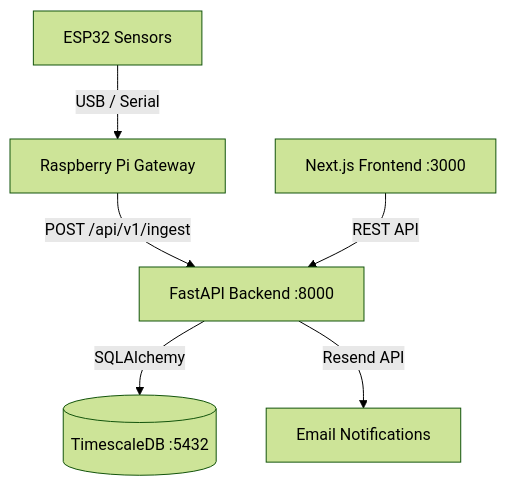
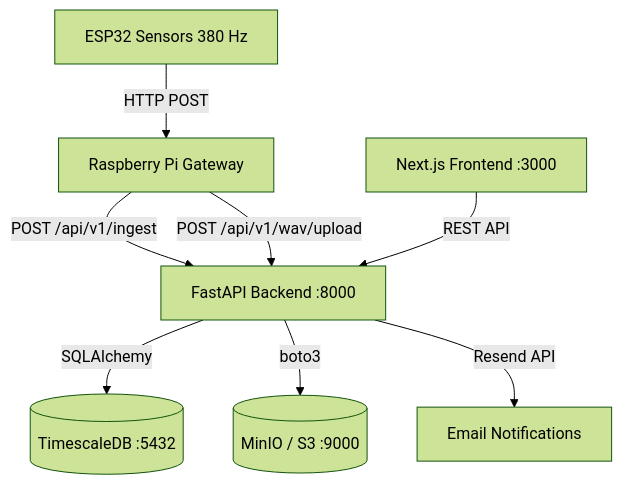
One commit to Dinten-dev/GreenMindDB changed the diagram in README.md. Above: the diagram before and after it, drawn with Mermaid (forest theme). The commit also changed other lines of this file and 10 other files, not shown here.

Commit message:
feat: implement WAV file upload, storage, and retrieval service using MinIO and S3-compatible backend.

````diff
--- a/README.md
+++ b/README.md
@@ -49,8 +49,10 @@
 ```mermaid
 graph TD;
-    Sensors[ESP32 Sensors] -->|USB / Serial| Pi[Raspberry Pi Gateway]
+    Sensors[ESP32 Sensors 380 Hz] -->|HTTP POST| Pi[Raspberry Pi Gateway]
     Pi -->|POST /api/v1/ingest| API[FastAPI Backend :8000]
+    Pi -->|POST /api/v1/wav/upload| API
     API -->|SQLAlchemy| DB[(TimescaleDB :5432)]
+    API -->|boto3| S3[(MinIO / S3 :9000)]
     UI[Next.js Frontend :3000] -->|REST API| API
     API -->|Resend API| Email[Email Notifications]
 ```
````
